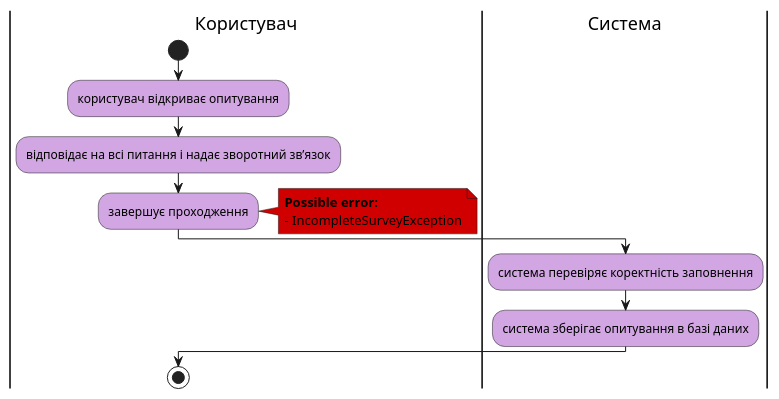
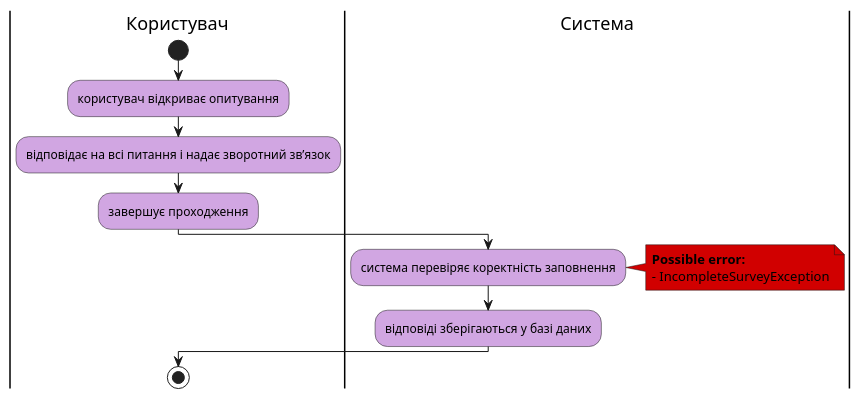
One commit to sunnytea0/db_labs_my changed the seventh of 15 diagrams in docs/use cases/README.md. Above: the diagram before and after it, drawn with PlantUML. The commit also changed other lines of this file, not shown here.

```diff
--- a/docs/use cases/README.md
+++ b/docs/use cases/README.md
@@ -261,22 +259,22 @@
 @startuml
 
     skinparam ActivityBackgroundColor #d1a6e2
 
     |Користувач|
     start;
     :користувач відкриває опитування;
     :відповідає на всі питання і надає зворотний зв’язок;
     :завершує проходження;
+
+    |Система|
+    :система перевіряє коректність заповнення;
     note right #D10000
     <b>Possible error:
     - IncompleteSurveyException
     end note
-
-    |Система|
-    :система перевіряє коректність заповнення;
-    :система зберігає опитування в базі даних;
+    :відповіді зберігаються у базі даних;
 
     |Користувач|
     stop;
 
 @enduml
```
